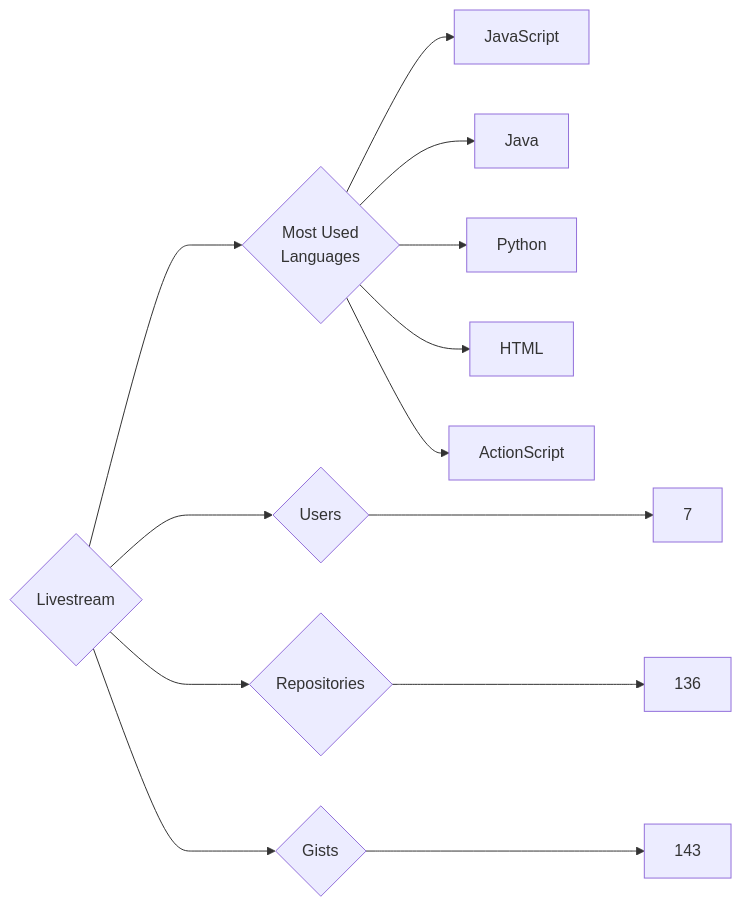
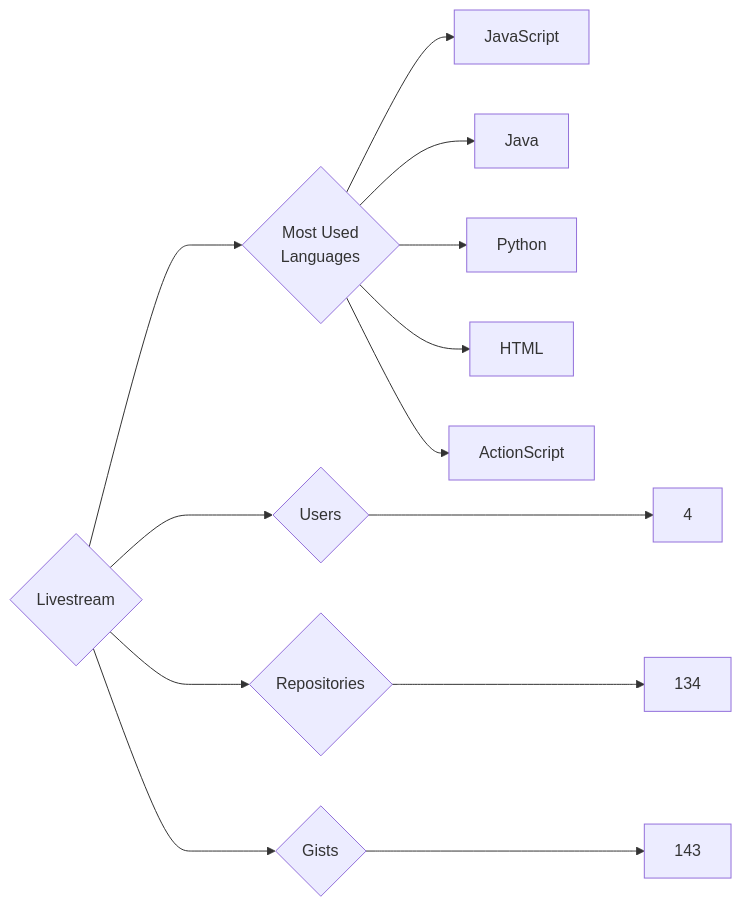
The diagram in targets/Livestream/README.md (trickest/insiders), drawn with Mermaid before and after one commit. The commit also changed 787 other files, not shown here.

````diff
--- a/targets/Livestream/README.md
+++ b/targets/Livestream/README.md
@@ -3,13 +3,13 @@
 ```mermaid
 graph LR
 COMPANY_NAME{Livestream}
-COMPANY_NAME ---> U{Users} ---> UN[7]
-COMPANY_NAME ---> R{Repositories} ---> RN[136]
+COMPANY_NAME ---> U{Users} ---> UN[4]
+COMPANY_NAME ---> R{Repositories} ---> RN[134]
 COMPANY_NAME ---> G{Gists} ---> GN[143]
 COMPANY_NAME ---> ML{Most Used<br>Languages}
 ML --> JavaScript[JavaScript]
 ML --> Java[Java]
 ML --> Python[Python]
 ML --> HTML[HTML]
 ML --> ActionScript[ActionScript]
 ```
````
